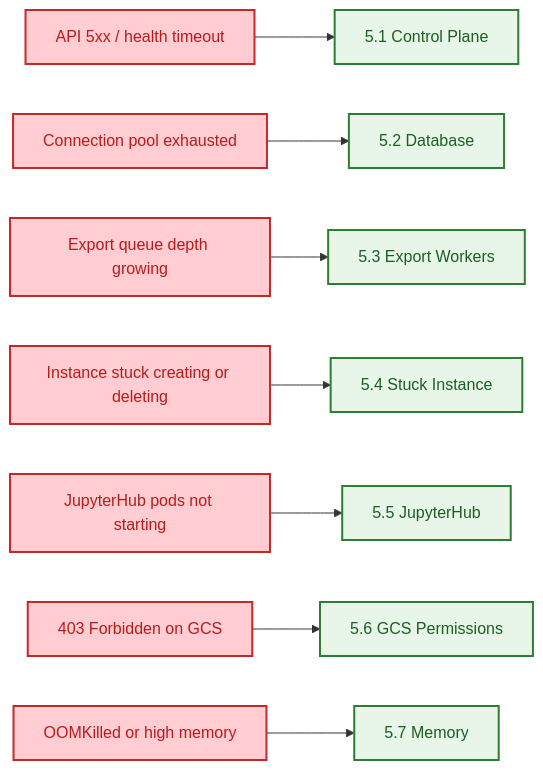
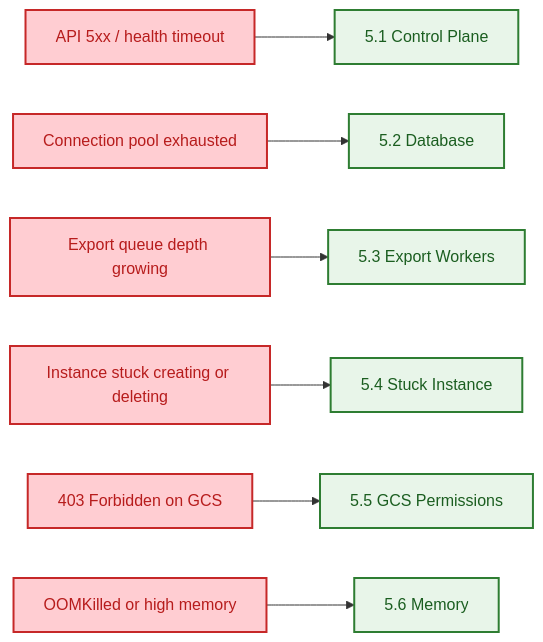
One commit to b4uharsha/newgraph changed the fourth of 4 diagrams in documentation/src/content/docs/operations/incident-response-runbook.md. Above: the diagram before and after it, drawn with Mermaid. The commit also changed other lines of this file and 88 other files, not shown here.

````diff
--- a/documentation/src/content/docs/operations/incident-response-runbook.md
+++ b/documentation/src/content/docs/operations/incident-response-runbook.md
@@ -299,16 +284,15 @@
 ```mermaid
 flowchart LR
     accTitle: Symptom to Playbook Router
     accDescr: Maps observed symptoms to the correct incident playbook section
 
     classDef symptom fill:#FFCDD2,stroke:#C62828,stroke-width:2px,color:#B71C1C
     classDef playbook fill:#E8F5E9,stroke:#2E7D32,stroke-width:2px,color:#1B5E20
 
     S1["API 5xx / health timeout"]:::symptom --> PB1["5.1 Control Plane"]:::playbook
     S2["Connection pool exhausted"]:::symptom --> PB2["5.2 Database"]:::playbook
     S3["Export queue depth growing"]:::symptom --> PB3["5.3 Export Workers"]:::playbook
     S4["Instance stuck creating or deleting"]:::symptom --> PB4["5.4 Stuck Instance"]:::playbook
-    S5["JupyterHub pods not starting"]:::symptom --> PB5["5.5 JupyterHub"]:::playbook
-    S6["403 Forbidden on GCS"]:::symptom --> PB6["5.6 GCS Permissions"]:::playbook
-    S7["OOMKilled or high memory"]:::symptom --> PB7["5.7 Memory"]:::playbook
+    S6["403 Forbidden on GCS"]:::symptom --> PB5["5.5 GCS Permissions"]:::playbook
+    S7["OOMKilled or high memory"]:::symptom --> PB6["5.6 Memory"]:::playbook
 ```
````
